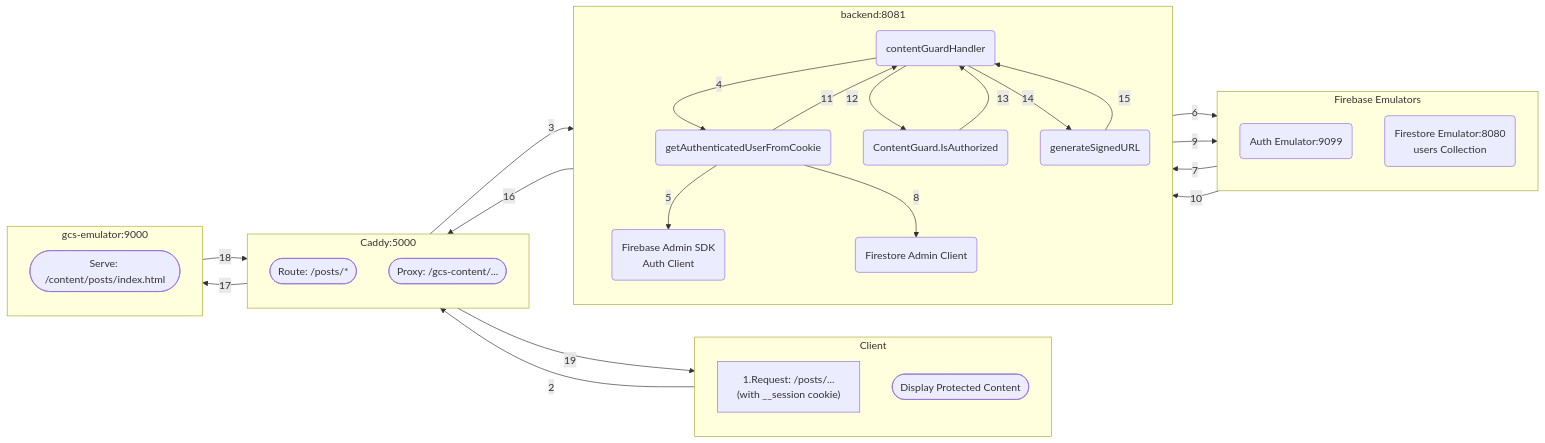
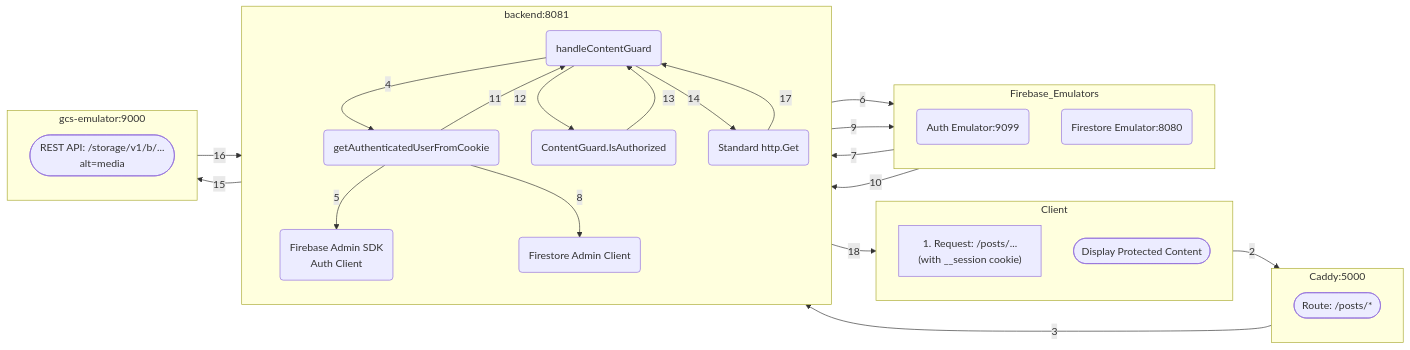
One commit to cheomanigua/bwadocs changed the first of 2 diagrams in content/docs/gated-content.md. Above: the diagram before and after it, drawn with Mermaid. The commit also changed other lines of this file and 2 other files, not shown here.

Commit message:
mayor changes in gated-content

````diff
--- a/content/docs/gated-content.md
+++ b/content/docs/gated-content.md
@@ -113,55 +88,57 @@
 ```mermaid
 flowchart LR
     subgraph Client
         direction TB
-        request["1.Request: /posts/...<br/>(with __session cookie)"]
+        request["1. Request: /posts/...<br/>(with __session cookie)"]
         display([Display Protected Content])
     end
+
     subgraph Caddy ["Caddy:5000"]
         direction TB
         caddy_route([Route: /posts/*])
-        caddy_proxy([Proxy: /gcs-content/...])
     end
-    subgraph Go Backend ["backend:8081"]
+
+    subgraph Go_Backend ["backend:8081"]
         direction TB
-        handler(contentGuardHandler)
+        handler(handleContentGuard)
         helper(getAuthenticatedUserFromCookie)
         guard(ContentGuard.IsAuthorized)
-        signer(generateSignedURL)
+        http_fetch(Standard http.Get)
         auth_admin(Firebase Admin SDK<br/>Auth Client)
         firestore_client(Firestore Admin Client)
     end
-    subgraph Firebase Emulators
+
+    subgraph Firebase_Emulators
         direction TB
         auth_emu(Auth Emulator:9099)
-        firestore_emu(Firestore Emulator:8080<br/>users Collection)
+        firestore_emu(Firestore Emulator:8080)
     end
-    subgraph GCS Emulator ["gcs-emulator:9000"]
+
+    subgraph GCS_Emulator ["gcs-emulator:9000"]
         direction TB
-        gcs_serve([Serve: /content/posts/index.html])
+        gcs_api([REST API: /storage/v1/b/...<br/>alt=media])
     end
 
     request -- "2" --> caddy_route
     caddy_route -- "3" --> handler
 
     handler -- "4" --> helper
     helper -- "5" --> auth_admin
     auth_admin -- "6" --> auth_emu
     auth_emu -- "7" --> helper
 
     helper -- "8" --> firestore_client
     firestore_client -- "9" --> firestore_emu
     firestore_emu -- "10" --> helper
     
     helper -- "11" --> handler
 
     handler -- "12" --> guard
     guard -- "13" --> handler
-    handler -- "14" --> signer
-    signer -- "15" --> handler
 
-    handler -- "16" --> caddy_proxy
-    caddy_proxy -- "17" --> gcs_serve
-    gcs_serve -- "18" --> caddy_proxy
-    caddy_proxy -- "19" --> display
+    handler -- "14" --> http_fetch
+    http_fetch -- "15" --> gcs_api
+    gcs_api -- "16" --> http_fetch
+    http_fetch -- "17" --> handler
+    handler -- "18" --> display
 ```
````
